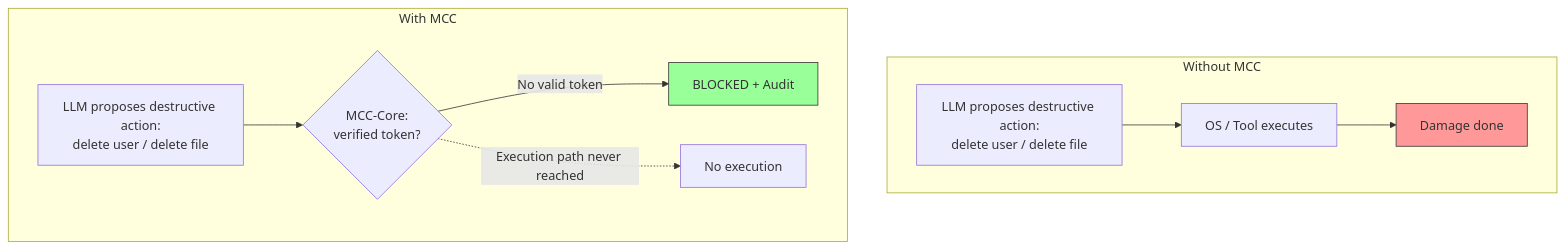
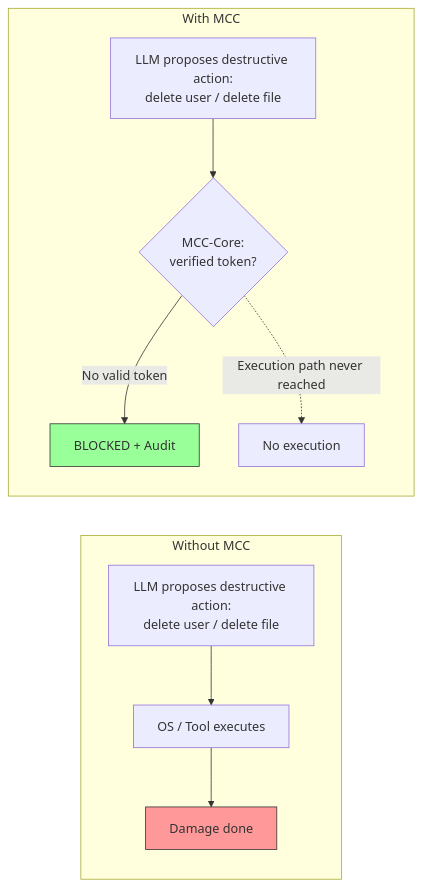
One commit to mcc-prior-art/mcc-layer changed the second of 3 diagrams in README.md. Above: the diagram before and after it, drawn with Mermaid. The commit also changed other lines of this file, not shown here.

````diff
--- a/README.md
+++ b/README.md
@@ -182,16 +193,16 @@
 ```mermaid
-flowchart TB
-    subgraph Without_MCC[Without MCC]
-        W1[LLM proposes destructive action:<br/>delete user / delete file] --> W2[OS / Tool executes]
-        W2 --> W3[Damage done]
-    end
+flowchart LR
+  subgraph Without_MCC["Without MCC"]
+    I1["LLM proposes destructive action:<br/>delete user / delete file"] --> I2["OS / Tool executes"]
+    I2 --> I3["Damage done"]
+  end
 
-    subgraph With_MCC[With MCC]
-        M1[LLM proposes destructive action:<br/>delete user / delete file] --> M2{MCC-Core:<br/>verified token?}
-        M2 -->|No valid token| M3[BLOCKED + Audit]
-        M2 -.->|Execution path never reached| M4[No execution]
-    end
+  subgraph With_MCC["With MCC"]
+    W1["LLM proposes destructive action:<br/>delete user / delete file"] --> W2{"MCC-Core:<br/>verified token?"}
+    W2 -->|No valid token| W3["BLOCKED + Audit"]
+    W2 -.->|Execution path never reached| W4["No execution"]
+  end
 
-    style W3 fill:#f99,stroke:#333,stroke-width:1px
-    style M3 fill:#9f9,stroke:#333,stroke-width:1px
+  style I3 fill:#f99,stroke:#333
+  style W3 fill:#9f9,stroke:#333
 ```
````
